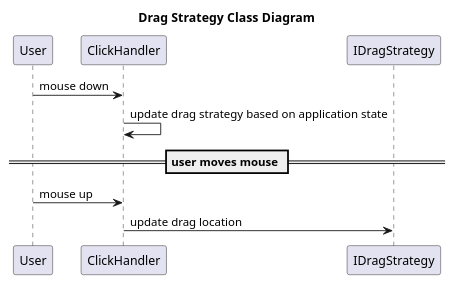
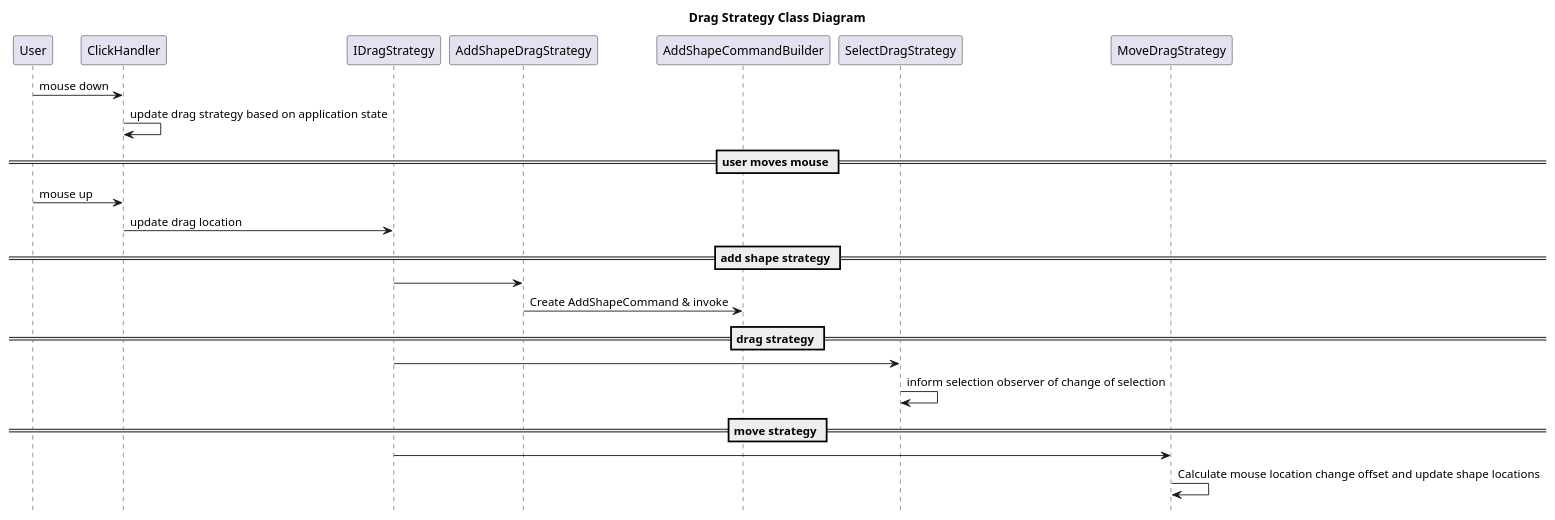
The diagram in documentation/drag strategy sequence diagram.plantuml (johnsmillie-portfolio/SE450-JPaint), drawn with PlantUML before and after one commit. The commit also changed 3 other files, not shown here.

Commit message:
made drag strategy sequence diagrams more explicit

```diff
--- a/documentation/drag strategy sequence diagram.plantuml
+++ b/documentation/drag strategy sequence diagram.plantuml
@@ -1,10 +1,20 @@
-@startuml
+@startuml drag strategy class diagram
+hide footbox
 title Drag Strategy Class Diagram
 
 User -> ClickHandler : mouse down
 ClickHandler -> ClickHandler : update drag strategy based on application state
 == user moves mouse ==
 User -> ClickHandler : mouse up
 ClickHandler -> IDragStrategy : update drag location
 
+== add shape strategy ==
+IDragStrategy -> AddShapeDragStrategy 
+AddShapeDragStrategy -> AddShapeCommandBuilder : Create AddShapeCommand & invoke
+== drag strategy ==
+IDragStrategy -> SelectDragStrategy 
+SelectDragStrategy -> SelectDragStrategy : inform selection observer of change of selection
+== move strategy ==
+IDragStrategy -> MoveDragStrategy 
+MoveDragStrategy -> MoveDragStrategy : Calculate mouse location change offset and update shape locations 
 @enduml
```
